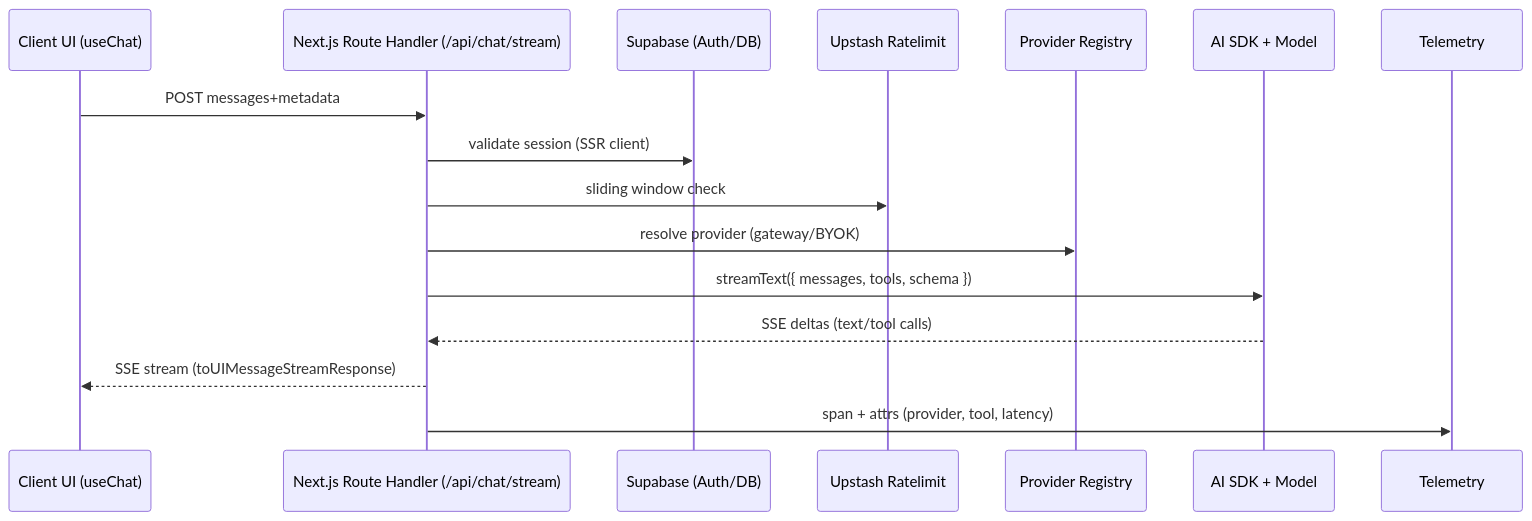
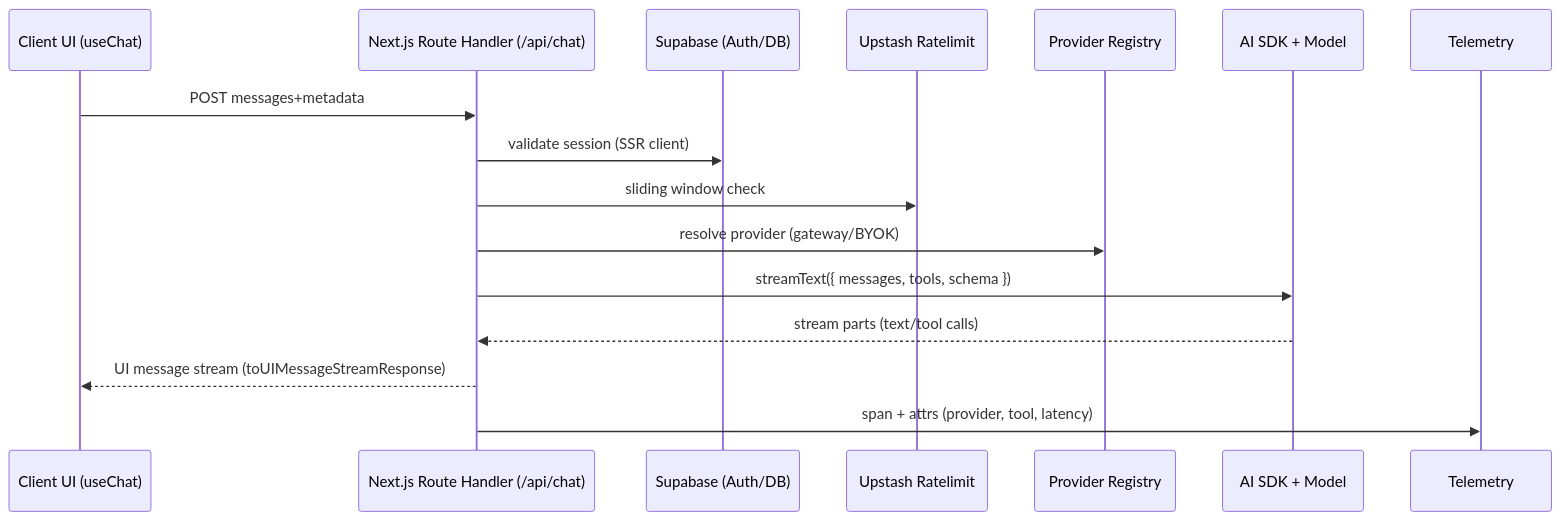
One commit to BjornMelin/tripsage-ai changed the second of 3 diagrams in docs/architecture/system-overview.md. Above: the diagram before and after it, drawn with Mermaid. The commit also changed other lines of this file and 82 other files, not shown here.

First line of the commit message:
feat(chat)!: migrate to AI SDK v6 UI message stream

````diff
--- a/docs/architecture/system-overview.md
+++ b/docs/architecture/system-overview.md
@@ -96,19 +96,19 @@
 ```mermaid
 sequenceDiagram
     participant UI as Client UI (useChat)
-    participant RH as Next.js Route Handler (/api/chat/stream)
+    participant RH as Next.js Route Handler (/api/chat)
     participant SUPA as Supabase (Auth/DB)
     participant RL as Upstash Ratelimit
     participant REG as Provider Registry
     participant LLM as AI SDK + Model
     participant OBS as Telemetry
 
     UI->>RH: POST messages+metadata
     RH->>SUPA: validate session (SSR client)
     RH->>RL: sliding window check
     RH->>REG: resolve provider (gateway/BYOK)
     RH->>LLM: streamText({ messages, tools, schema })
-    LLM-->>RH: SSE deltas (text/tool calls)
-    RH-->>UI: SSE stream (toUIMessageStreamResponse)
+    LLM-->>RH: stream parts (text/tool calls)
+    RH-->>UI: UI message stream (toUIMessageStreamResponse)
     RH->>OBS: span + attrs (provider, tool, latency)
 ```
````
